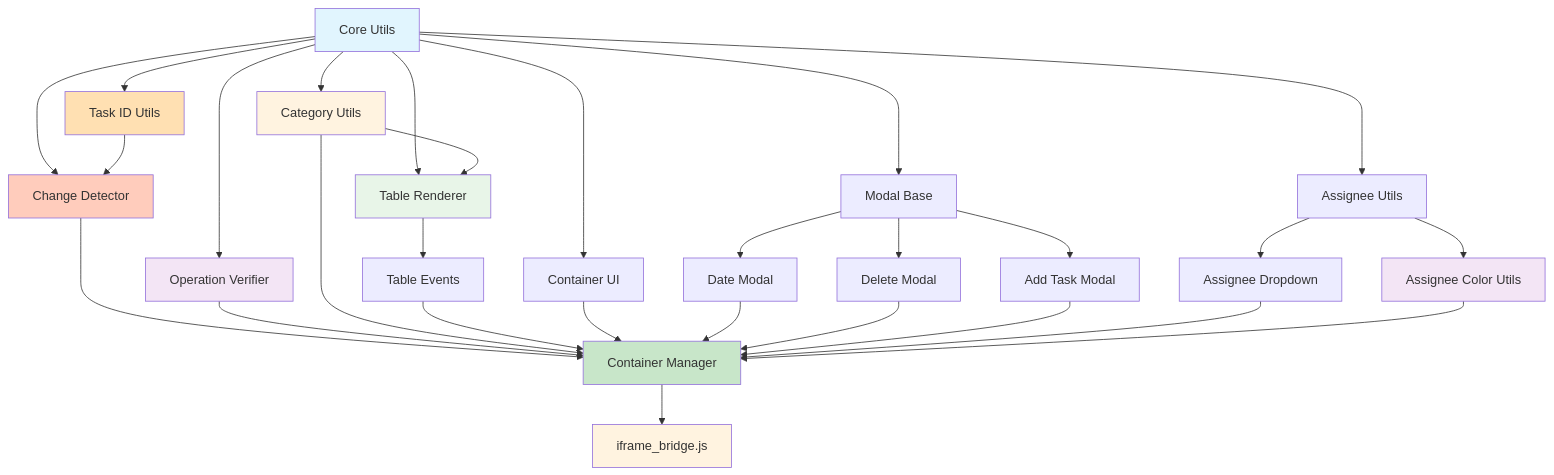
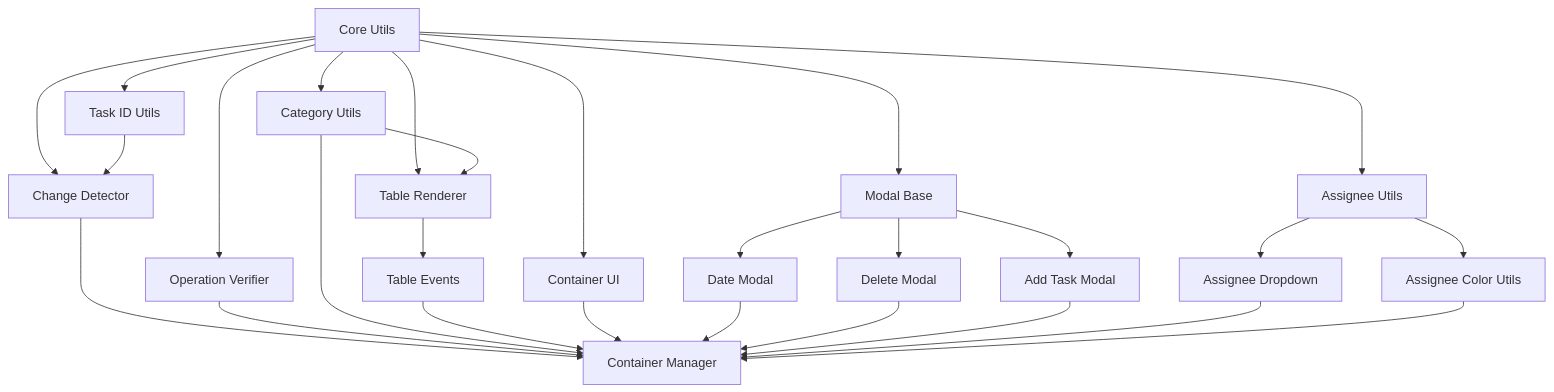
One commit to x2605/fancy-google-space-tasks changed the diagram in PLAN.md. Above: the diagram before and after it, drawn with Mermaid. The commit also changed 2 other files, not shown here.

Commit message:
Bump version to 0.1.2 and update UI version display
Updated the manifest and UI footer to reflect version 0.1.2. Also removed diagram styling and references to iframe_bridge.js from PLAN.md.

````diff
--- a/PLAN.md
+++ b/PLAN.md
@@ -72,47 +72,35 @@
 ```mermaid
 graph TD
     A[Core Utils] --> B[Category Utils]
     A --> C[Modal Base]
     A --> D[Assignee Utils]
     A --> E[Table Renderer]
     A --> F[Container UI]
     A --> N[Task ID Utils]
     A --> O[Change Detector]
     A --> P[Operation Verifier]
     
     N --> O
     O --> G[Container Manager]
     P --> G
     
     B --> E
     B --> G
     
     C --> H[Date Modal]
     C --> I[Delete Modal]
     C --> J[Add Task Modal]
     
     D --> K[Assignee Dropdown]
     D --> L[Assignee Color Utils]
     
     E --> M[Table Events]
     M --> G
     
     F --> G
     H --> G
     I --> G
     J --> G
     K --> G
     L --> G
-    
-    G --> Q[iframe_bridge.js]
-    
-    style A fill:#e1f5fe
-    style B fill:#fff3e0
-    style E fill:#e8f5e8
-    style G fill:#c8e6c9
-    style Q fill:#fff3e0
-    style N fill:#ffe0b2
-    style O fill:#ffccbc
-    style P fill:#f3e5f5
-    style L fill:#f3e5f5
 ```
````
